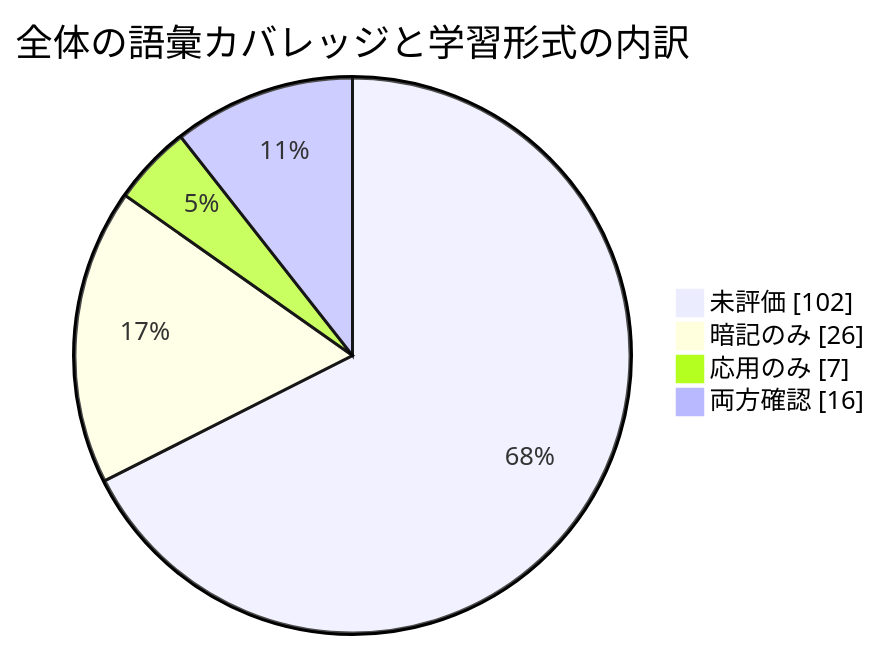
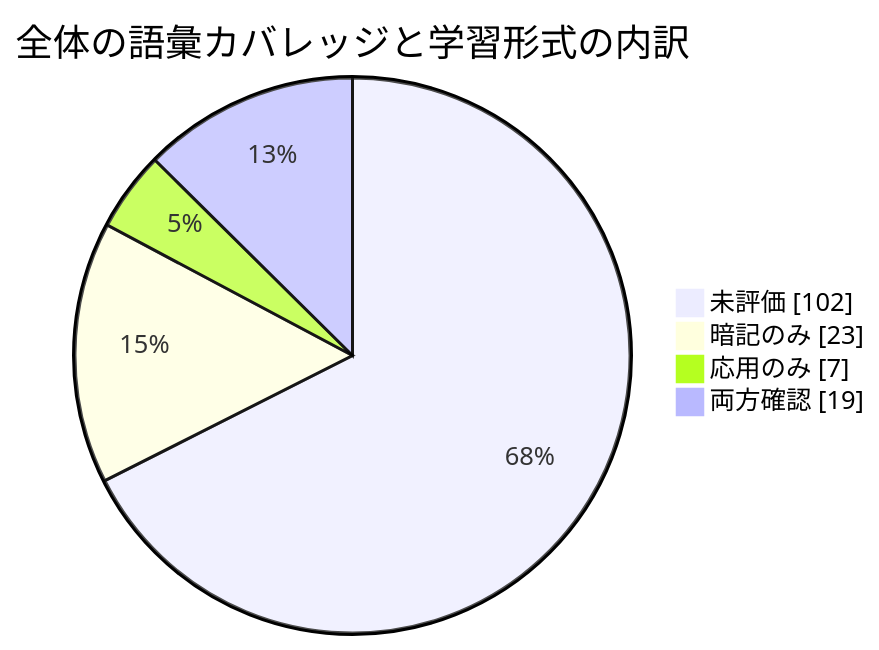
One commit to ryusuke2003/security-specialist-study changed the diagram in 進捗/モチベ.md. Above: the diagram before and after it, drawn with Mermaid. The commit also changed other lines of this file and 11 other files, not shown here.

````diff
--- a/進捗/モチベ.md
+++ b/進捗/モチベ.md
@@ -5,8 +5,8 @@
 ```mermaid
 pie showData
     title 全体の語彙カバレッジと学習形式の内訳
     "未評価" : 102
-    "暗記のみ" : 26
+    "暗記のみ" : 23
     "応用のみ" : 7
-    "両方確認" : 16
+    "両方確認" : 19
 ```
````
